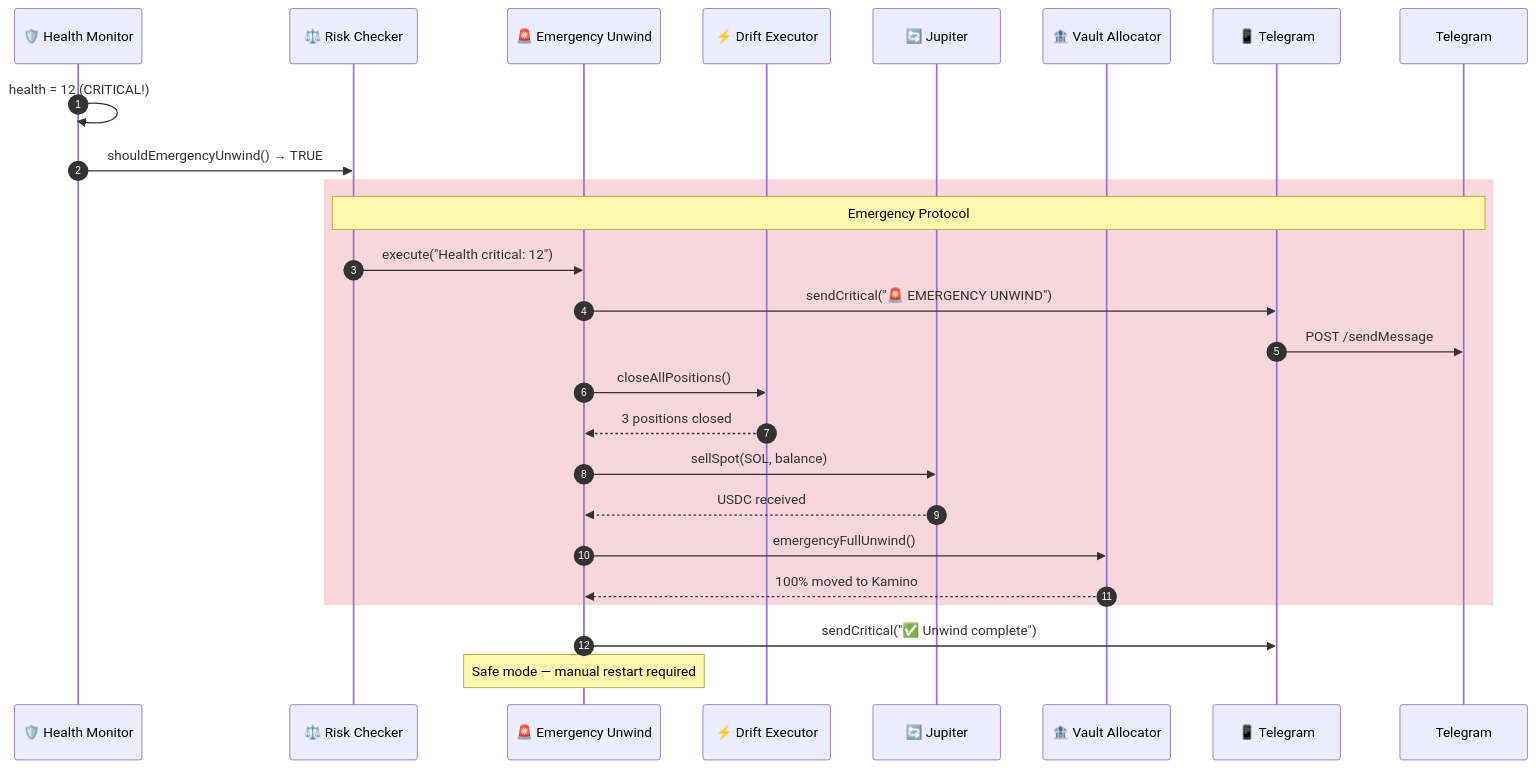
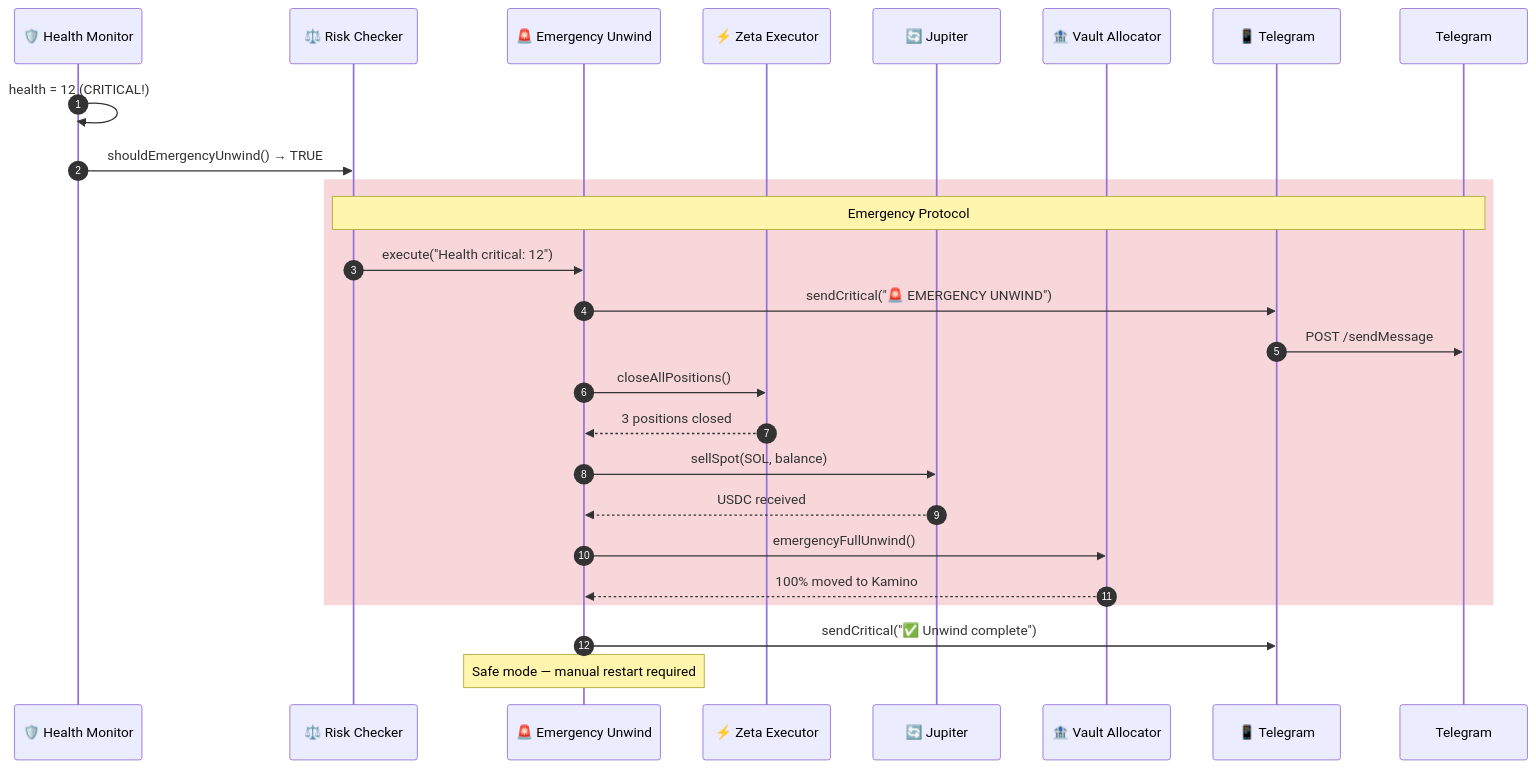
One commit to Ashutosh0x/ranger-ai-vault changed diagram 19 of 20 in docs/ARCHITECTURE.md. Above: the diagram before and after it, drawn with Mermaid. The commit also changed other lines of this file and 82 other files, not shown here.

Commit message:
feat: pivot from Drift to Zeta Markets and add walk-forward backtest results

````diff
--- a/docs/ARCHITECTURE.md
+++ b/docs/ARCHITECTURE.md
@@ -1145,34 +1145,34 @@
 ```mermaid
 sequenceDiagram
     autonumber
     participant DH as 🛡️ Health Monitor
     participant RC as ⚖️ Risk Checker
     participant EU as 🚨 Emergency Unwind
-    participant DE as ⚡ Drift Executor
+    participant DE as ⚡ Zeta Executor
     participant JE as 🔄 Jupiter
     participant VA as 🏦 Vault Allocator
     participant AL as 📱 Telegram
     participant TG as Telegram
 
     DH->>DH: health = 12 (CRITICAL!)
     DH->>RC: shouldEmergencyUnwind() → TRUE
 
     rect rgb(248, 215, 218)
         Note over RC,TG: Emergency Protocol
         RC->>EU: execute("Health critical: 12")
         EU->>AL: sendCritical("🚨 EMERGENCY UNWIND")
         AL->>TG: POST /sendMessage
 
         EU->>DE: closeAllPositions()
         DE-->>EU: 3 positions closed
 
         EU->>JE: sellSpot(SOL, balance)
         JE-->>EU: USDC received
 
         EU->>VA: emergencyFullUnwind()
         VA-->>EU: 100% moved to Kamino
     end
 
     EU->>AL: sendCritical("✅ Unwind complete")
     Note over EU: Safe mode — manual restart required
 ```
````
